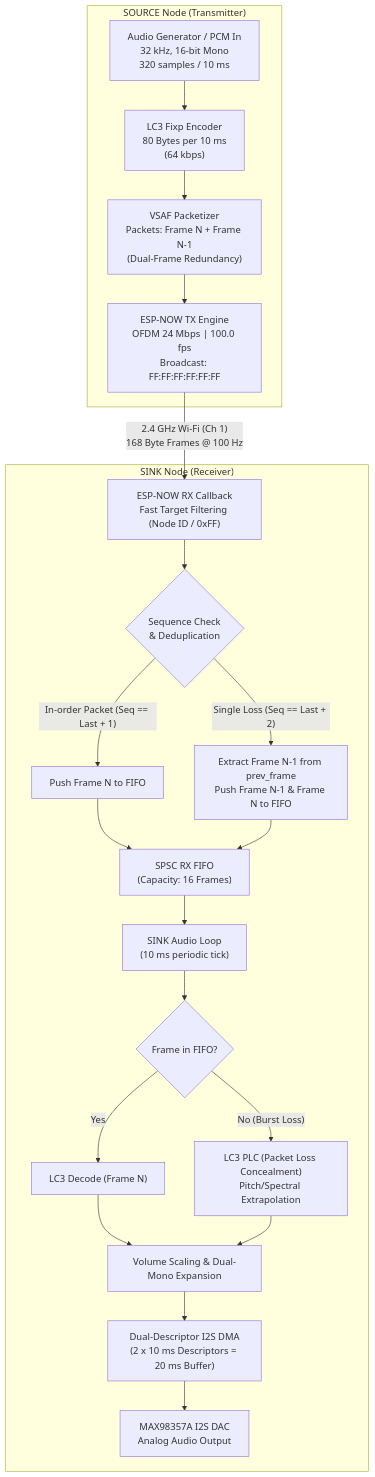
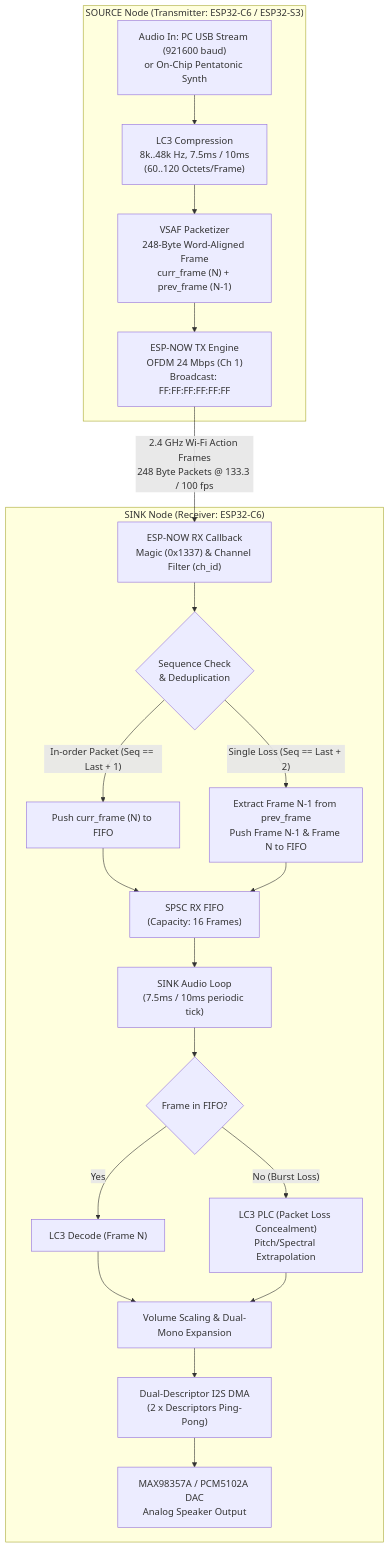
The first of 3 diagrams in apps/audioESP-NOW/ESP-NOW_protocol.md (sskoog/ble_audio), drawn with Mermaid before and after one commit. The commit also changed other lines of this file and 28 other files, not shown here.

Commit message:
Upgrade to ESP-IDF v6.0.2, align Node 21 COM port mapping, and enhance real-time PC audio streamer

````diff
--- a/apps/audioESP-NOW/ESP-NOW_protocol.md
+++ b/apps/audioESP-NOW/ESP-NOW_protocol.md
@@ -17,26 +18,26 @@
 ```mermaid
 flowchart TD
-    subgraph SOURCE["SOURCE Node (Transmitter)"]
-        A["Audio Generator / PCM In<br/>32 kHz, 16-bit Mono<br/>320 samples / 10 ms"] --> B["LC3 Fixp Encoder<br/>80 Bytes per 10 ms<br/>(64 kbps)"]
-        B --> C["VSAF Packetizer<br/>Packets: Frame N + Frame N-1<br/>(Dual-Frame Redundancy)"]
-        C --> D["ESP-NOW TX Engine<br/>OFDM 24 Mbps | 100.0 fps<br/>Broadcast: FF:FF:FF:FF:FF:FF"]
+    subgraph SOURCE["SOURCE Node (Transmitter: ESP32-C6 / ESP32-S3)"]
+        A["Audio In: PC USB Stream (921600 baud)<br/>or On-Chip Pentatonic Synth"] --> B["LC3 Compression<br/>8k..48k Hz, 7.5ms / 10ms<br/>(60..120 Octets/Frame)"]
+        B --> C["VSAF Packetizer<br/>248-Byte Word-Aligned Frame<br/>curr_frame (N) + prev_frame (N-1)"]
+        C --> D["ESP-NOW TX Engine<br/>OFDM 24 Mbps (Ch 1)<br/>Broadcast: FF:FF:FF:FF:FF:FF"]
     end
 
-    D -- "2.4 GHz Wi-Fi (Ch 1)<br/>168 Byte Frames @ 100 Hz" --> E
+    D -- "2.4 GHz Wi-Fi Action Frames<br/>248 Byte Packets @ 133.3 / 100 fps" --> E
 
-    subgraph SINK["SINK Node (Receiver)"]
-        E["ESP-NOW RX Callback<br/>Fast Target Filtering (Node ID / 0xFF)"] --> F{"Sequence Check<br/>& Deduplication"}
-        F -- "In-order Packet (Seq == Last + 1)" --> G["Push Frame N to FIFO"]
+    subgraph SINK["SINK Node (Receiver: ESP32-C6)"]
+        E["ESP-NOW RX Callback<br/>Magic (0x1337) & Channel Filter (ch_id)"] --> F{"Sequence Check<br/>& Deduplication"}
+        F -- "In-order Packet (Seq == Last + 1)" --> G["Push curr_frame (N) to FIFO"]
         F -- "Single Loss (Seq == Last + 2)" --> H["Extract Frame N-1 from prev_frame<br/>Push Frame N-1 & Frame N to FIFO"]
         G --> I["SPSC RX FIFO<br/>(Capacity: 16 Frames)"]
         H --> I
-        I --> J["SINK Audio Loop<br/>(10 ms periodic tick)"]
+        I --> J["SINK Audio Loop<br/>(7.5ms / 10ms periodic tick)"]
         J --> K{"Frame in FIFO?"}
         K -- "Yes" --> L["LC3 Decode (Frame N)"]
         K -- "No (Burst Loss)" --> M["LC3 PLC (Packet Loss Concealment)<br/>Pitch/Spectral Extrapolation"]
         L --> N["Volume Scaling & Dual-Mono Expansion"]
         M --> N
-        N --> O["Dual-Descriptor I2S DMA<br/>(2 x 10 ms Descriptors = 20 ms Buffer)"]
-        O --> P["MAX98357A I2S DAC<br/>Analog Audio Output"]
+        N --> O["Dual-Descriptor I2S DMA<br/>(2 x Descriptors Ping-Pong)"]
+        O --> P["MAX98357A / PCM5102A DAC<br/>Analog Speaker Output"]
     end
 ```
````
